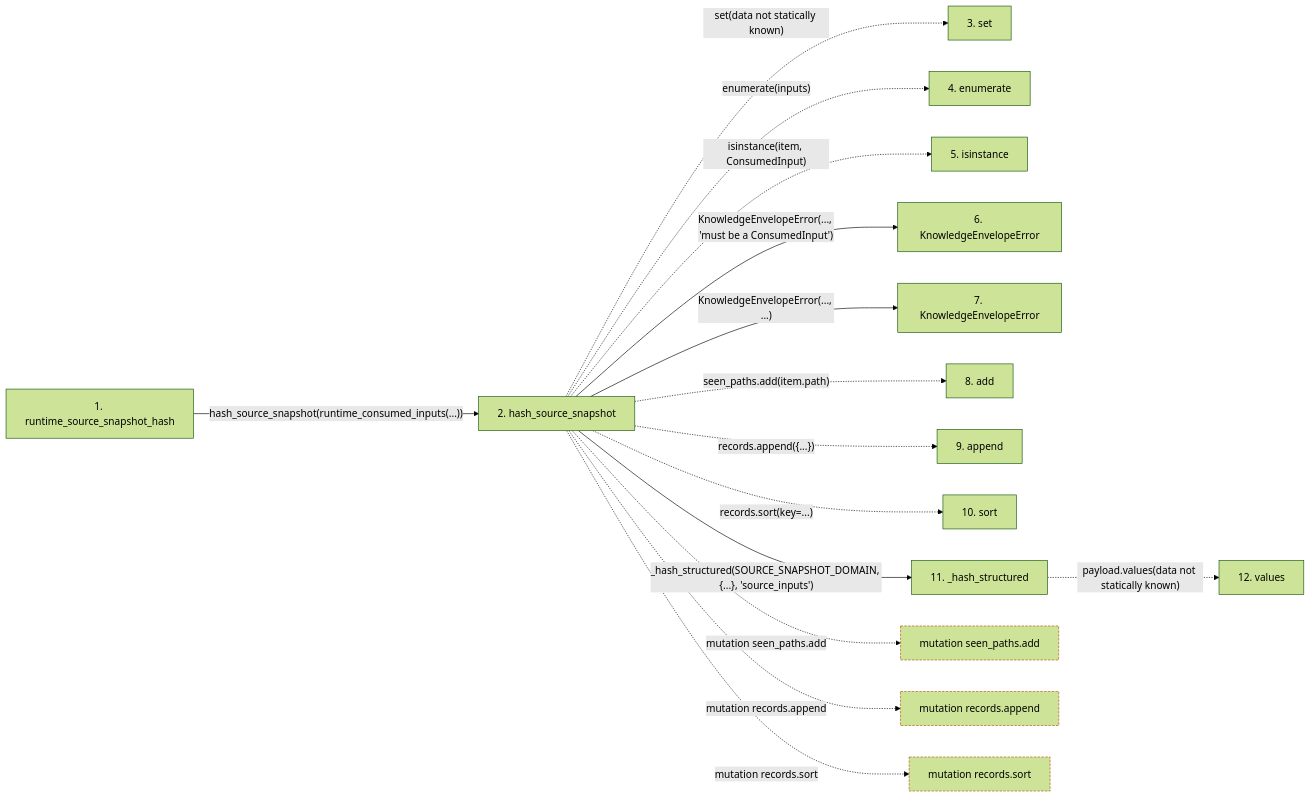
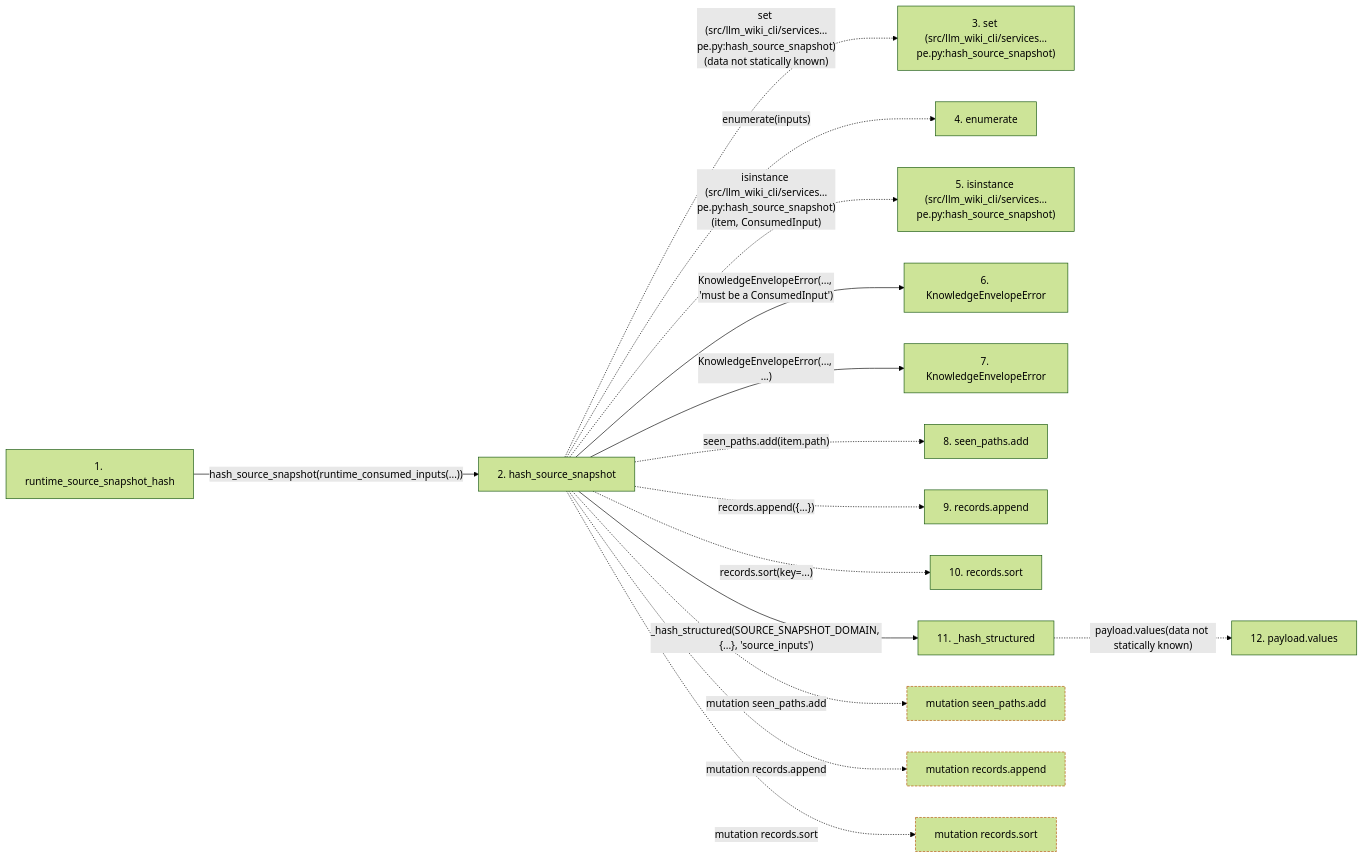
The second of 2 diagrams in docs/llm_wiki/flows/api-runtime_source_snapshot_hash.md (Denissvgn/python-wiki-llm), drawn with Mermaid (forest theme) before and after one commit. The commit also changed other lines of this file and 719 other files, not shown here.

````diff
--- a/docs/llm_wiki/flows/api-runtime_source_snapshot_hash.md
+++ b/docs/llm_wiki/flows/api-runtime_source_snapshot_hash.md
@@ -81,41 +83,41 @@
 ```mermaid
 flowchart LR
     s1["1. runtime_source_snapshot_hash"]
     s2["2. hash_source_snapshot"]
-    s3["3. set"]
+    s3["3. set (src/llm_wiki_cli/services…pe.py:hash_source_snapshot)"]
     s4["4. enumerate"]
-    s5["5. isinstance"]
+    s5["5. isinstance (src/llm_wiki_cli/services…pe.py:hash_source_snapshot)"]
     s6["6. KnowledgeEnvelopeError"]
     s7["7. KnowledgeEnvelopeError"]
-    s8["8. add"]
-    s9["9. append"]
-    s10["10. sort"]
+    s8["8. seen_paths.add"]
+    s9["9. records.append"]
+    s10["10. records.sort"]
     s11["11. _hash_structured"]
-    s12["12. values"]
+    s12["12. payload.values"]
     s1 -->|"hash_source_snapshot(runtime_consumed_inputs(...))"| s2
-    s2 -. "set(data not statically known)" .-> s3
+    s2 -. "set (src/llm_wiki_cli/services…pe.py:hash_source_snapshot)(data not statically known)" .-> s3
     s2 -. "enumerate(inputs)" .-> s4
-    s2 -. "isinstance(item, ConsumedInput)" .-> s5
+    s2 -. "isinstance (src/llm_wiki_cli/services…pe.py:hash_source_snapshot)(item, ConsumedInput)" .-> s5
     s2 -->|"KnowledgeEnvelopeError(..., 'must be a ConsumedInput')"| s6
     s2 -->|"KnowledgeEnvelopeError(..., ...)"| s7
     s2 -. "seen_paths.add(item.path)" .-> s8
     s2 -. "records.append({...})" .-> s9
     s2 -. "records.sort(key=...)" .-> s10
     s2 -->|"_hash_structured(SOURCE_SNAPSHOT_DOMAIN, {...}, 'source_inputs')"| s11
     s11 -. "payload.values(data not statically known)" .-> s12
     b0["mutation seen_paths.add"]
     s2 -. "mutation seen_paths.add" .-> b0
     b1["mutation records.append"]
     s2 -. "mutation records.append" .-> b1
     b2["mutation records.sort"]
     s2 -. "mutation records.sort" .-> b2
     click s1 "../modules/knowledge_orchestration.md"
     click s2 "../modules/knowledge_envelope.md"
     click s6 "../modules/knowledge_envelope.md"
     click s7 "../modules/knowledge_envelope.md"
     click s11 "../modules/knowledge_envelope.md"
     classDef boundary stroke:#b45309,stroke-dasharray: 4 2
     class b0 boundary
     class b1 boundary
     class b2 boundary
 ```
````
